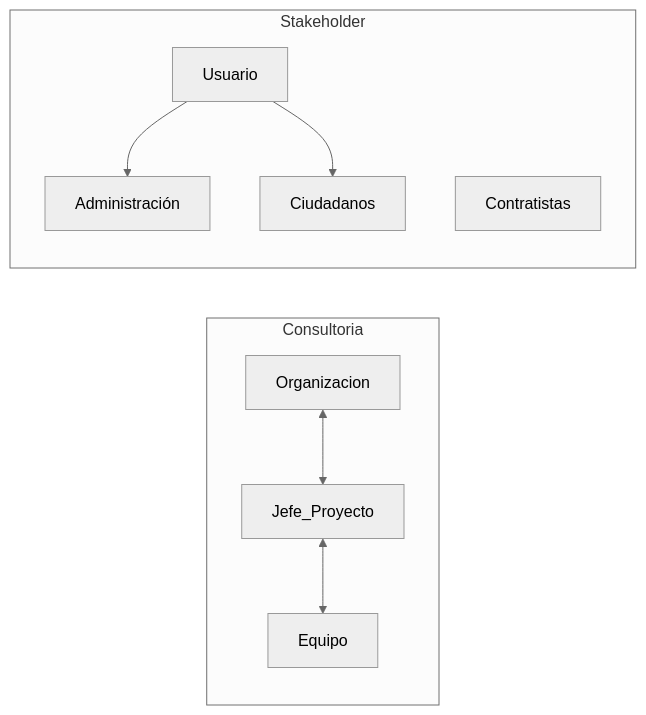
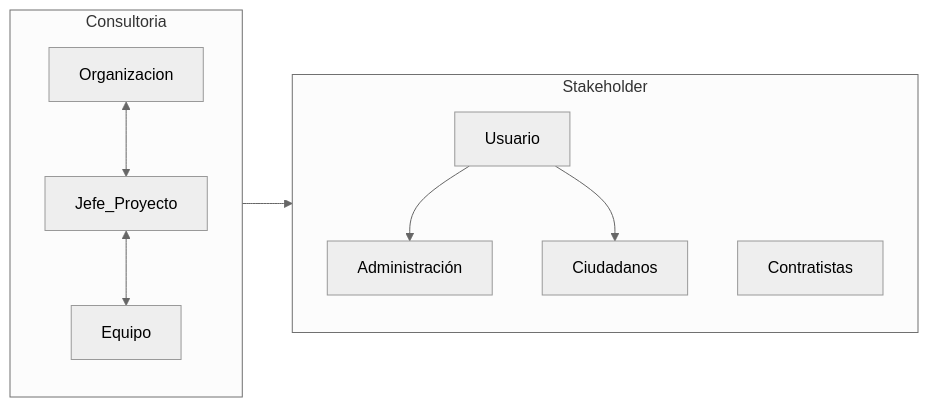
Before and after one commit to alexZeLoCO/vault-101: the second of 2 diagrams in EPI/4-2/proyectos/1. Concepto de proyecto.md, drawn with Mermaid (neutral theme). The commit also changed other lines of this file and 1 other file, not shown here.

````diff
--- a/EPI/4-2/proyectos/1. Concepto de proyecto.md
+++ b/EPI/4-2/proyectos/1. Concepto de proyecto.md
@@ -114,13 +114,14 @@
 ```mermaid
 flowchart LR
 subgraph Consultoria
 	Organizacion <--> Jefe_Proyecto <--> Equipo
 end
 subgraph Stakeholder
 	Usuario
 	Administración
 	Ciudadanos
 	Contratistas
 	Usuario --> Administración & Ciudadanos
 end
+Consultoria --> Stakeholder
 ```
````
